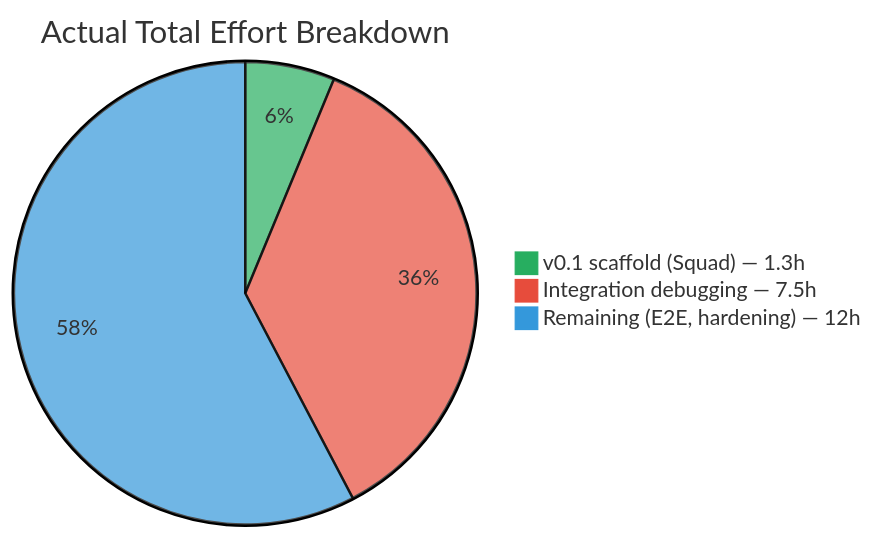
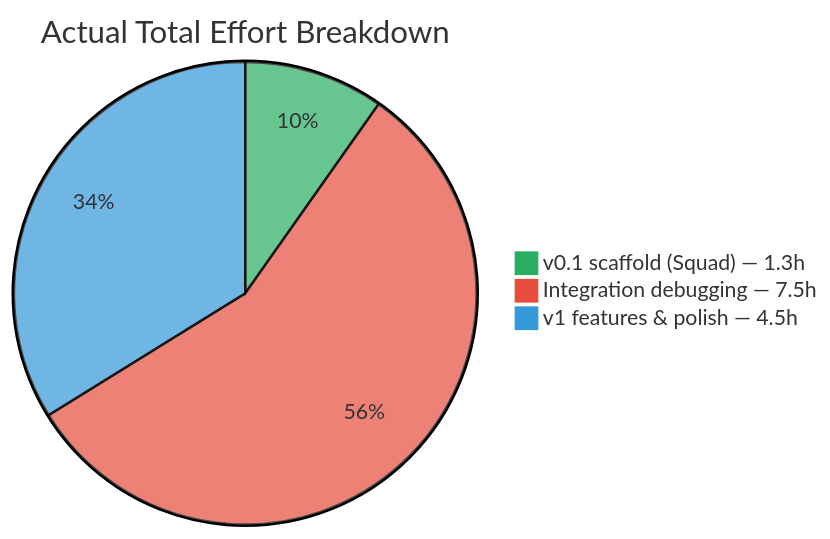
Before and after one commit to fredgis/OfficeAddin: the second of 12 diagrams in docs/estimation.md, drawn with Mermaid. The commit also changed other lines of this file and 13 other files, not shown here.

````diff
--- a/docs/estimation.md
+++ b/docs/estimation.md
@@ -94,7 +114,7 @@
 ```mermaid
 %%{init: {'theme': 'base', 'themeVariables': {'pie1': '#27AE60', 'pie2': '#E74C3C', 'pie3': '#3498DB', 'pieStrokeWidth': '2px'}}}%%
 pie title Actual Total Effort Breakdown
     "v0.1 scaffold (Squad) — 1.3h" : 1.3
     "Integration debugging — 7.5h" : 7.5
-    "Remaining (E2E, hardening) — 12h" : 12
+    "v1 features & polish — 4.5h" : 4.5
 ```
````
